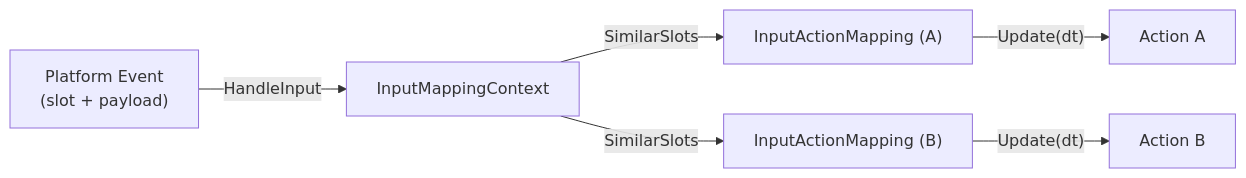
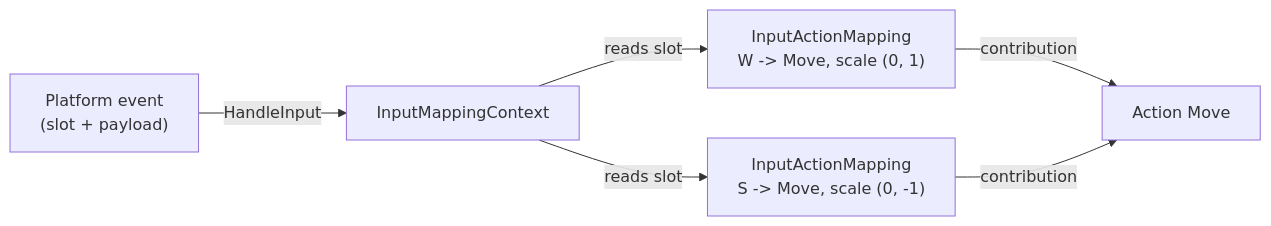
One commit to abdes/DroidNet changed the diagram in projects/Oxygen.Engine/src/Oxygen/Input/Docs/Mappings.md. Above: the diagram before and after it, drawn with Mermaid. The commit also changed other lines of this file and 9 other files, not shown here.

````diff
--- a/projects/Oxygen.Engine/src/Oxygen/Input/Docs/Mappings.md
+++ b/projects/Oxygen.Engine/src/Oxygen/Input/Docs/Mappings.md
@@ -15,8 +7,8 @@
 ```mermaid
 flowchart LR
-  E["Platform Event<br/>(slot + payload)"] -->|HandleInput| C[InputMappingContext];
-  C -->|SimilarSlots| M1["InputActionMapping (A)"];
-  C -->|SimilarSlots| M2["InputActionMapping (B)"];
-  M1 -->|"Update(dt)"| A1[Action A];
-  M2 -->|"Update(dt)"| A2[Action B];
+  E["Platform event<br/>(slot + payload)"] -->|HandleInput| C[InputMappingContext]
+  C -->|reads slot| M1["InputActionMapping<br/>W -> Move, scale (0, 1)"]
+  C -->|reads slot| M2["InputActionMapping<br/>S -> Move, scale (0, -1)"]
+  M1 -->|contribution| A[Action Move]
+  M2 -->|contribution| A
 ```
````
